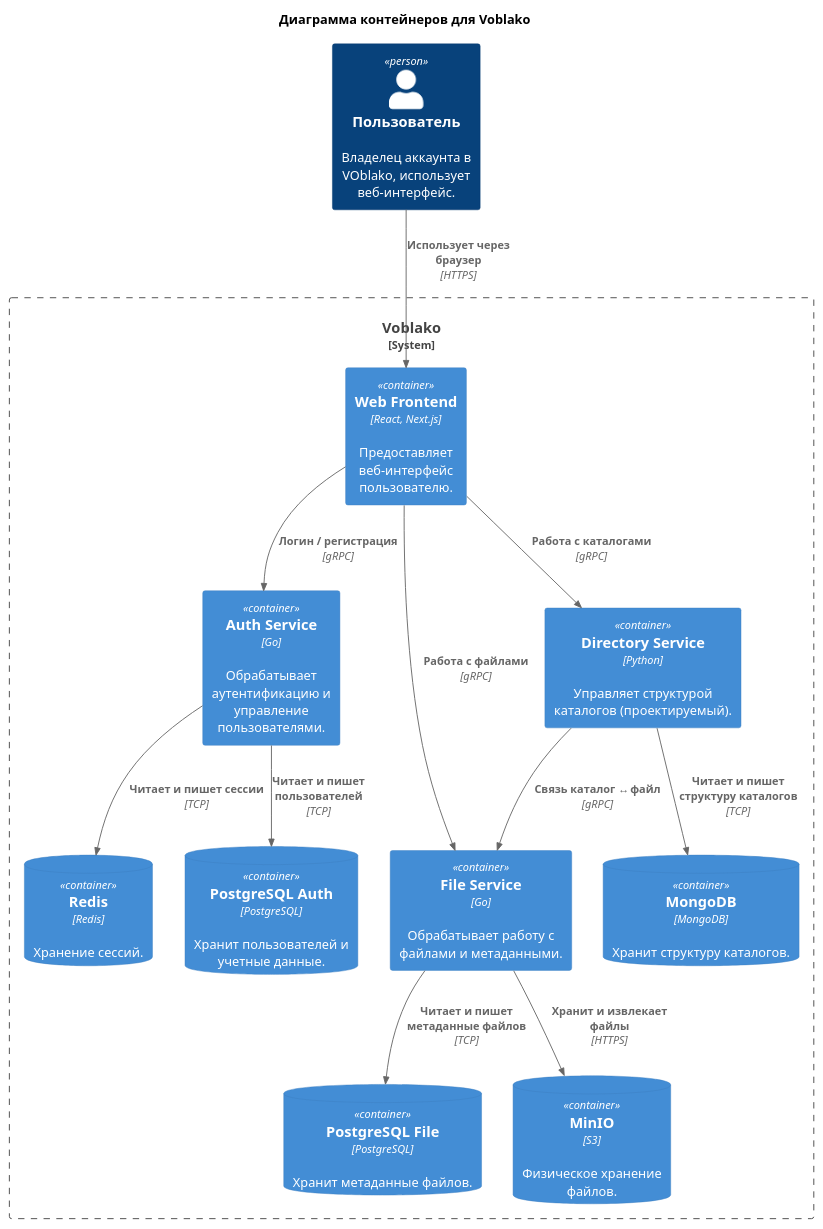
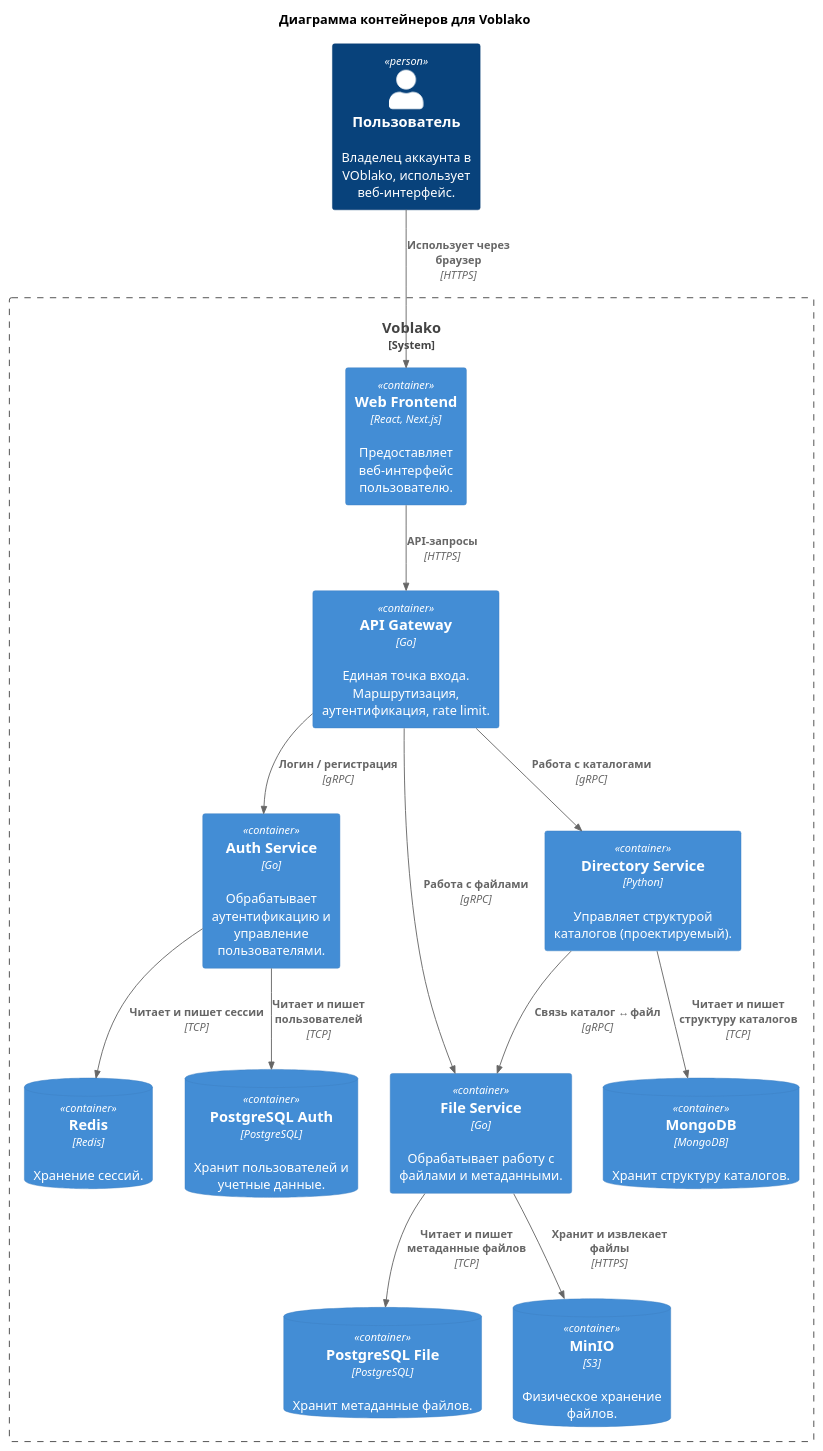
One commit to IlyaChgn/voblako changed the diagram in docs/c2_containers.puml. Above: the diagram before and after it, drawn with PlantUML. The commit also changed 3 other files, not shown here.

Commit message:
updated auth_service diagram

```diff
--- a/docs/c2_containers.puml
+++ b/docs/c2_containers.puml
@@ -1,40 +1,47 @@
 @startuml
 !include https://raw.githubusercontent.com/plantuml-stdlib/C4-PlantUML/master/C4_Container.puml
 
 title Диаграмма контейнеров для Voblako
 
 Person(user, "Пользователь", "Владелец аккаунта в VOblako, использует веб-интерфейс.")
 
 System_Boundary(c1, "Voblako") {
 
     Container(frontend, "Web Frontend", "React, Next.js", "Предоставляет веб-интерфейс пользователю.")
+
+    Container(api_gw, "API Gateway", "Go", "Единая точка входа. Маршрутизация, аутентификация, rate limit.")
+
+
     Container(auth, "Auth Service", "Go", "Обрабатывает аутентификацию и управление пользователями.")
     Container(file, "File Service", "Go", "Обрабатывает работу с файлами и метаданными.")
     Container(dir, "Directory Service", "Python", "Управляет структурой каталогов (проектируемый).")
 
     ContainerDb(redis, "Redis", "Redis", "Хранение сессий.")
     ContainerDb(postgres_auth, "PostgreSQL Auth", "PostgreSQL", "Хранит пользователей и учетные данные.")
     ContainerDb(postgres_file, "PostgreSQL File", "PostgreSQL", "Хранит метаданные файлов.")
     ContainerDb(mongo, "MongoDB", "MongoDB", "Хранит структуру каталогов.")
     ContainerDb(minio, "MinIO", "S3", "Физическое хранение файлов.")
 }
 
-' Взаимодействия пользователя с фронтендом
+' Пользователь
 Rel(user, frontend, "Использует через браузер", "HTTPS")
 
-' Взаимодействия фронтенда с сервисами
-Rel(frontend, auth, "Логин / регистрация", "gRPC")
-Rel(frontend, file, "Работа с файлами", "gRPC")
-Rel(frontend, dir, "Работа с каталогами", "gRPC")
+' Frontend → API Gateway
+Rel(frontend, api_gw, "API-запросы", "HTTPS")
 
-' Взаимодействия сервисов с базами данных
+' API Gateway → сервисы
+Rel(api_gw, auth, "Логин / регистрация", "gRPC")
+Rel(api_gw, file, "Работа с файлами", "gRPC")
+Rel(api_gw, dir, "Работа с каталогами", "gRPC")
+
+' Сервисы → БД
 Rel(auth, redis, "Читает и пишет сессии", "TCP")
 Rel(auth, postgres_auth, "Читает и пишет пользователей", "TCP")
 
 Rel(file, postgres_file, "Читает и пишет метаданные файлов", "TCP")
 Rel(file, minio, "Хранит и извлекает файлы", "HTTPS")
 
 Rel(dir, mongo, "Читает и пишет структуру каталогов", "TCP")
 Rel(dir, file, "Связь каталог ↔ файл", "gRPC")
 
 @enduml
```
